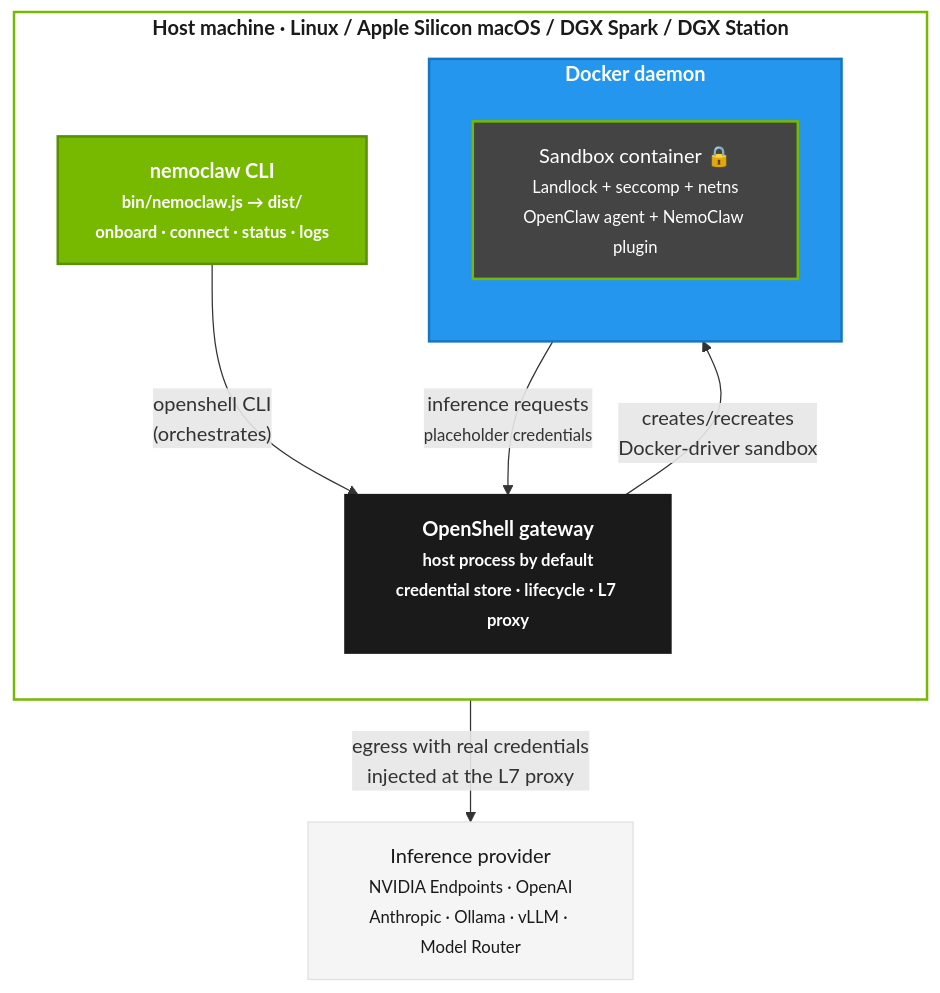
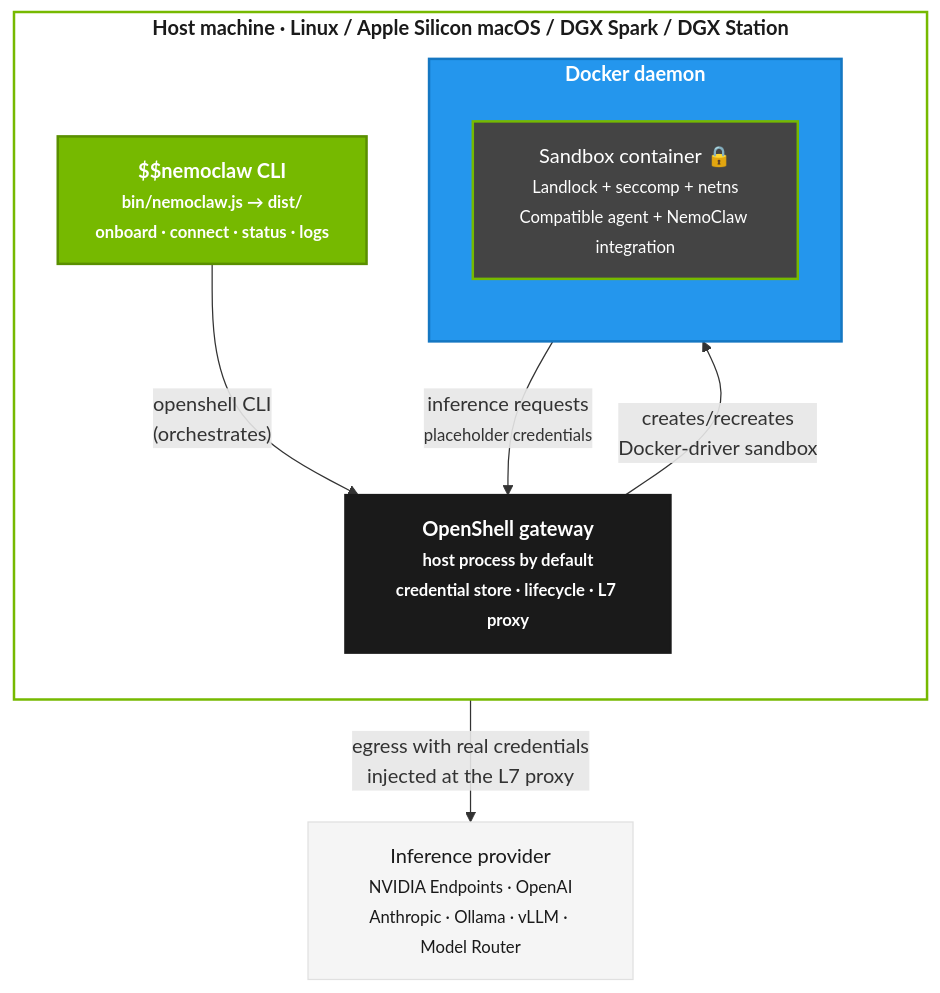
The second of 3 diagrams in docs/reference/architecture.mdx (NVIDIA/NemoClaw), drawn with Mermaid before and after one commit. The commit also changed other lines of this file and 776 other files, not shown here.

````diff
--- a/docs/reference/architecture.mdx
+++ b/docs/reference/architecture.mdx
@@ -85,32 +85,32 @@
 ```mermaid
 graph TB
     classDef host fill:#fff,stroke:#76b900,stroke-width:2px,color:#1a1a1a,font-weight:bold
     classDef cli fill:#76b900,stroke:#5a8f00,color:#fff,stroke-width:2px,font-weight:bold
     classDef docker fill:#2496ed,stroke:#1577c2,color:#fff,stroke-width:2px,font-weight:bold
     classDef gateway fill:#1a1a1a,stroke:#1a1a1a,color:#fff,stroke-width:2px,font-weight:bold
     classDef sandbox fill:#444,stroke:#76b900,color:#fff,stroke-width:2px
     classDef external fill:#f5f5f5,stroke:#e0e0e0,color:#1a1a1a,stroke-width:1px
 
     subgraph HOST["Host machine · Linux / Apple Silicon macOS / DGX Spark / DGX Station"]
         direction TB
-        CLI["nemoclaw CLI<br/><small>bin/nemoclaw.js → dist/<br/>onboard · connect · status · logs</small>"]:::cli
+        CLI["$$nemoclaw CLI<br/><small>bin/nemoclaw.js → dist/<br/>onboard · connect · status · logs</small>"]:::cli
         GW["OpenShell gateway<br/><small>host process by default<br/>credential store · lifecycle · L7 proxy</small>"]:::gateway
 
         subgraph DOCKER["Docker daemon"]
             direction TB
-            SANDBOX["Sandbox container 🔒<br/><small>Landlock + seccomp + netns<br/>OpenClaw agent + NemoClaw plugin</small>"]:::sandbox
+            SANDBOX["Sandbox container 🔒<br/><small>Landlock + seccomp + netns<br/>Compatible agent + NemoClaw integration</small>"]:::sandbox
         end
     end
 
     INFER["Inference provider<br/><small>NVIDIA Endpoints · OpenAI<br/>Anthropic · Ollama · vLLM · Model Router</small>"]:::external
 
     CLI -->|"openshell CLI<br/>(orchestrates)"| GW
     GW -->|"creates/recreates<br/>Docker-driver sandbox"| SANDBOX
     SANDBOX -->|"inference requests<br/><small>placeholder credentials</small>"| GW
     GW -->|"egress with real credentials<br/>injected at the L7 proxy"| INFER
 
     class HOST host
     class DOCKER docker
     class GW gateway
     class SANDBOX sandbox
 ```
````
